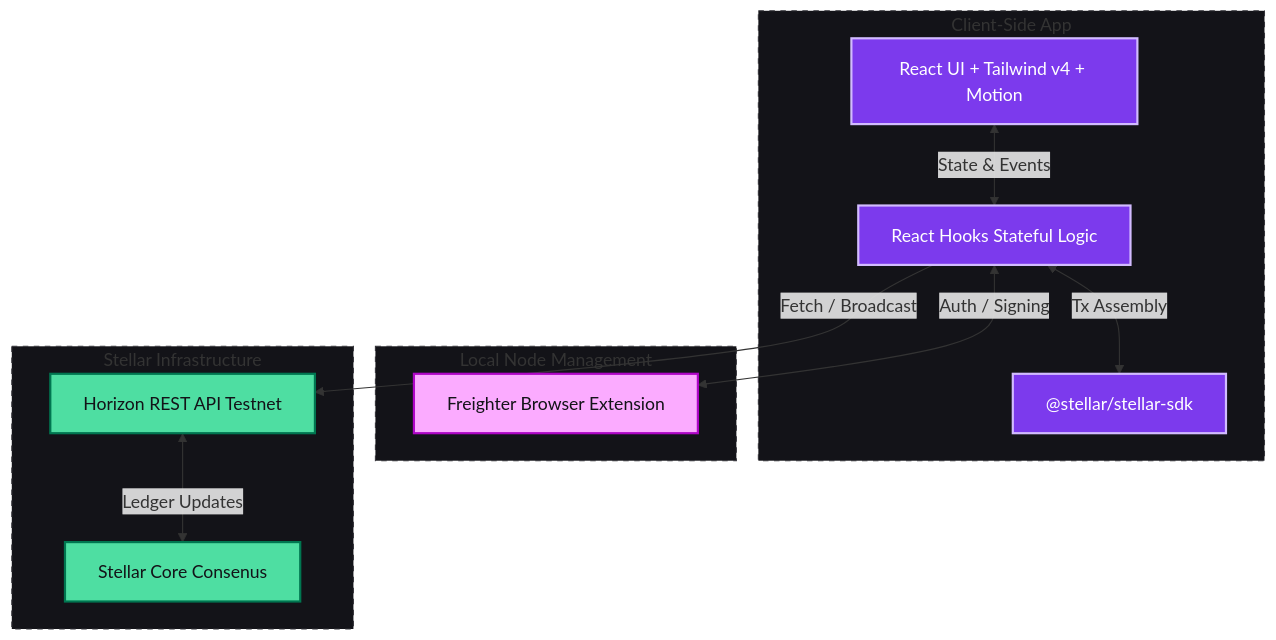
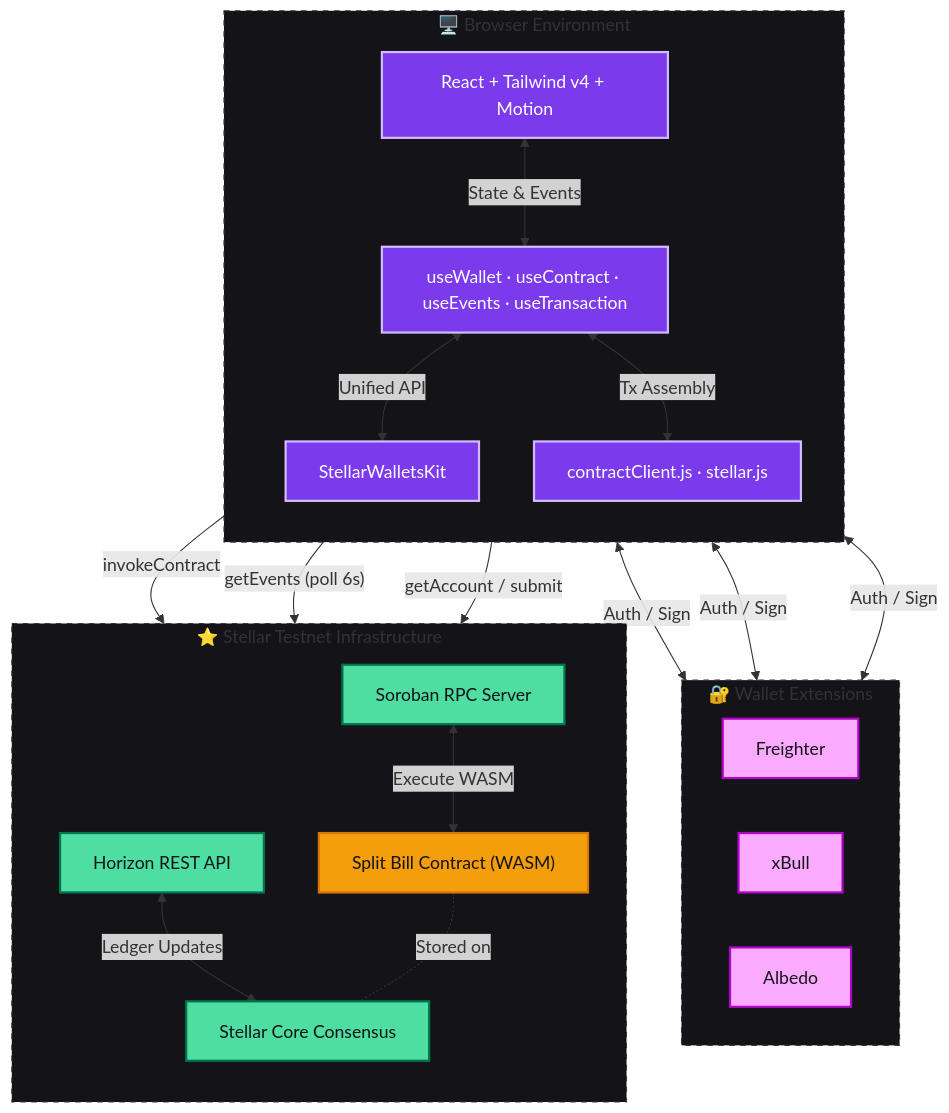
Before and after one commit to Gokul-social/Stellar-Syncsplit: the first of 5 diagrams in README.md, drawn with Mermaid. The commit also changed other lines of this file, not shown here.

````diff
--- a/README.md
+++ b/README.md
@@ -24,32 +53,45 @@
 ```mermaid
-graph TD
-    classDef client fill:#7c3aed,stroke:#d2bbff,stroke-width:2px,color:#fff;
+graph TB
+    classDef frontend fill:#7c3aed,stroke:#d2bbff,stroke-width:2px,color:#fff;
     classDef wallet fill:#fbabff,stroke:#ae05c6,stroke-width:2px,color:#131318;
-    classDef network fill:#4edea2,stroke:#007650,stroke-width:2px,color:#131318;
+    classDef rpc fill:#4edea2,stroke:#007650,stroke-width:2px,color:#131318;
+    classDef contract fill:#f59e0b,stroke:#d97706,stroke-width:2px,color:#131318;
 
-    subgraph Client ["Client-Side App"]
-        UI["React UI + Tailwind v4 + Motion"]:::client
-        Hooks["React Hooks Stateful Logic"]:::client
-        SDK["@stellar/stellar-sdk"]:::client
+    subgraph BROWSER ["🖥️ Browser Environment"]
+        direction TB
+        UI["React + Tailwind v4 + Motion"]:::frontend
+        HOOKS["useWallet · useContract · useEvents · useTransaction"]:::frontend
+        SWK["StellarWalletsKit"]:::frontend
+        CLIENT["contractClient.js · stellar.js"]:::frontend
     end
 
-    subgraph Extension ["Local Node Management"]
-        Freighter["Freighter Browser Extension"]:::wallet
+    subgraph WALLETS ["🔐 Wallet Extensions"]
+        direction LR
+        FR["Freighter"]:::wallet
+        XB["xBull"]:::wallet
+        AL["Albedo"]:::wallet
     end
 
-    subgraph Stellar ["Stellar Infrastructure"]
-        Horizon["Horizon REST API Testnet"]:::network
-        Core["Stellar Core Consenus"]:::network
+    subgraph STELLAR ["⭐ Stellar Testnet Infrastructure"]
+        direction TB
+        SOROBAN_RPC["Soroban RPC Server"]:::rpc
+        HORIZON["Horizon REST API"]:::rpc
+        CONTRACT["Split Bill Contract (WASM)"]:::contract
+        CORE["Stellar Core Consensus"]:::rpc
     end
 
-    UI <--> |State & Events| Hooks
-    Hooks <--> |Auth / Signing| Freighter
-    Hooks <--> |Tx Assembly| SDK
-    Hooks --> |Fetch / Broadcast| Horizon
-    Horizon <--> |Ledger Updates| Core
+    UI <--> |"State & Events"| HOOKS
+    HOOKS <--> |"Unified API"| SWK
+    HOOKS <--> |"Tx Assembly"| CLIENT
+    SWK <--> |"Auth / Sign"| FR & XB & AL
+    CLIENT --> |"invokeContract"| SOROBAN_RPC
+    CLIENT --> |"getEvents (poll 6s)"| SOROBAN_RPC
+    CLIENT --> |"getAccount / submit"| HORIZON
+    SOROBAN_RPC <--> |"Execute WASM"| CONTRACT
+    HORIZON <--> |"Ledger Updates"| CORE
+    CONTRACT -.- |"Stored on"| CORE
 
-    %% Styling
-    style Client fill:#131318,stroke:#35343a,stroke-width:1px,stroke-dasharray: 5 5;
-    style Extension fill:#131318,stroke:#35343a,stroke-width:1px,stroke-dasharray: 5 5;
-    style Stellar fill:#131318,stroke:#35343a,stroke-width:1px,stroke-dasharray: 5 5;
+    style BROWSER fill:#131318,stroke:#35343a,stroke-width:1px,stroke-dasharray:5 5
+    style WALLETS fill:#131318,stroke:#35343a,stroke-width:1px,stroke-dasharray:5 5
+    style STELLAR fill:#131318,stroke:#35343a,stroke-width:1px,stroke-dasharray:5 5
 ```
````
